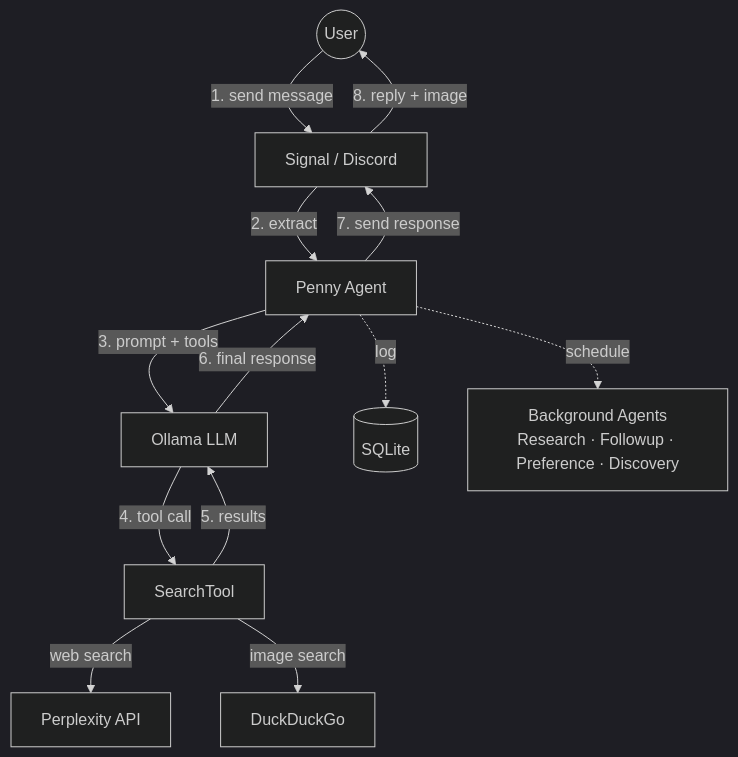
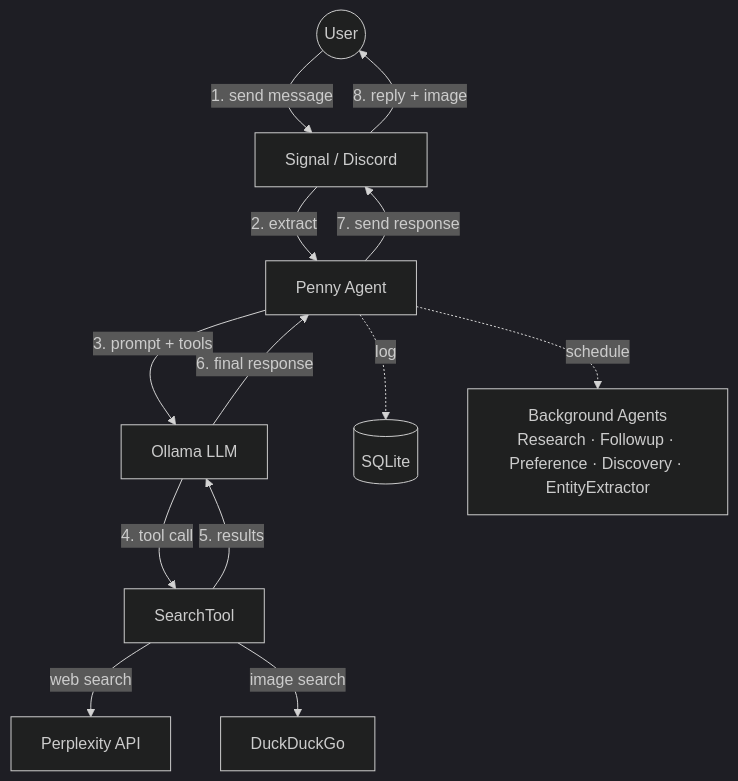
Before and after one commit to jaredlockhart/penny: the diagram in README.md, drawn with Mermaid (dark theme). The commit also changed other lines of this file and 1 other file, not shown here.

Commit message:
docs: update CLAUDE.md and README.md for entity knowledge base

````diff
--- a/README.md
+++ b/README.md
@@ -32,16 +32,16 @@
 ```mermaid
 flowchart TD
     User((User)) -->|"1. send message"| Channel[Signal / Discord]
     Channel -->|"2. extract"| Penny[Penny Agent]
     Penny -->|"3. prompt + tools"| Ollama[Ollama LLM]
     Ollama -->|"4. tool call"| Search[SearchTool]
     Search -->|"web search"| Perplexity[Perplexity API]
     Search -->|"image search"| DDG[DuckDuckGo]
     Search -->|"5. results"| Ollama
     Ollama -->|"6. final response"| Penny
     Penny -->|"7. send response"| Channel
     Channel -->|"8. reply + image"| User
 
     Penny -.->|"log"| DB[(SQLite)]
-    Penny -.->|"schedule"| BG["Background Agents\nResearch · Followup · Preference · Discovery"]
+    Penny -.->|"schedule"| BG["Background Agents\nResearch · Followup · Preference · Discovery · EntityExtractor"]
 ```
````
